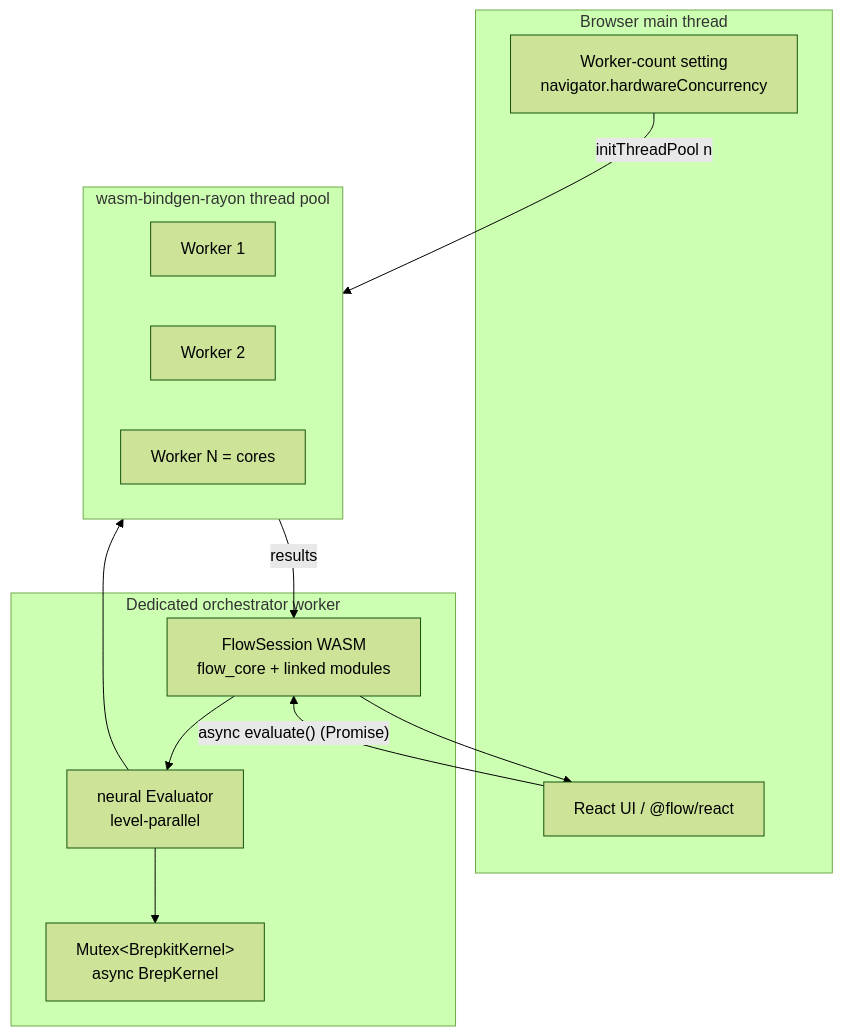
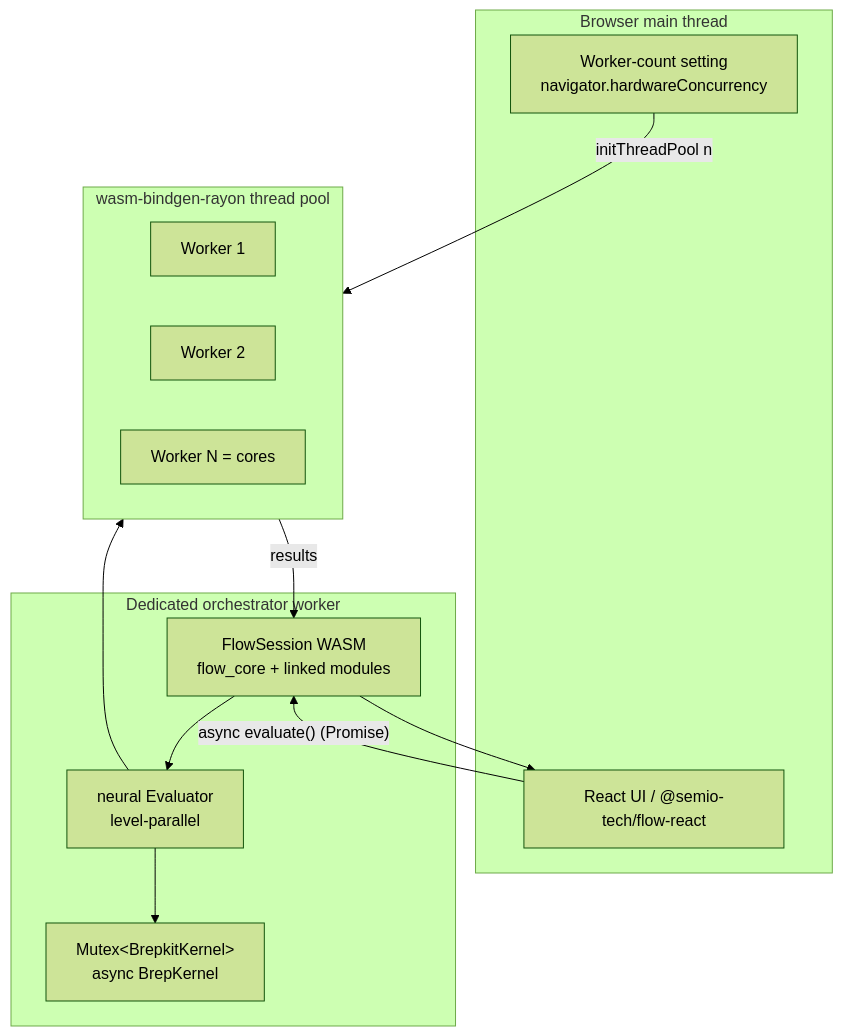
The diagram in .cursor/plans/async-parallel-geometry-flow_bebd9af5.plan.md (usalu/semio), drawn with Mermaid (forest theme) before and after one commit. The commit also changed 1282 other files, not shown here.

````diff
--- a/.cursor/plans/async-parallel-geometry-flow_bebd9af5.plan.md
+++ b/.cursor/plans/async-parallel-geometry-flow_bebd9af5.plan.md
@@ -44,22 +44,22 @@
 ```mermaid
 flowchart TB
   subgraph main [Browser main thread]
-    UI[React UI / @flow/react]
+    UI[React UI / @semio-tech/flow-react]
     Setting["Worker-count setting<br/>navigator.hardwareConcurrency"]
   end
   subgraph orch [Dedicated orchestrator worker]
     Session["FlowSession WASM<br/>flow_core + linked modules"]
     Eval["neural Evaluator<br/>level-parallel"]
     Kernel["Mutex&lt;BrepkitKernel&gt;<br/>async BrepKernel"]
   end
   subgraph pool [wasm-bindgen-rayon thread pool]
     W1[Worker 1]
     W2[Worker 2]
     Wn[Worker N = cores]
   end
   UI -->|"async evaluate() (Promise)"| Session
   Setting -->|initThreadPool n| pool
   Session --> Eval --> pool
   Eval --> Kernel
   pool -->|results| Session --> UI
 ```
````
